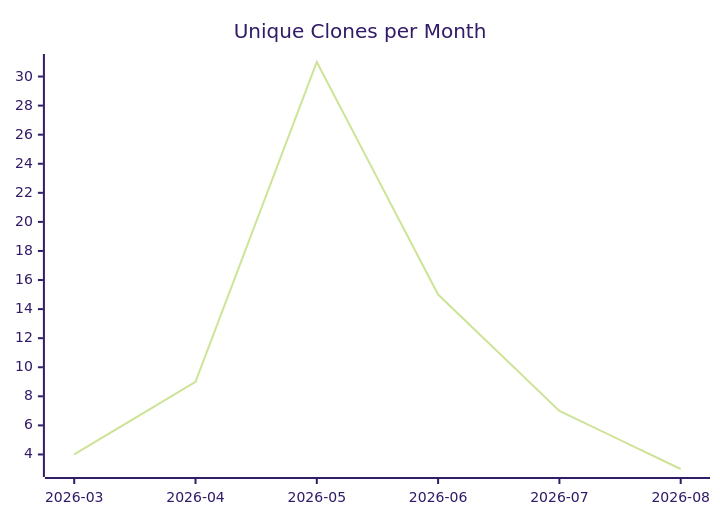
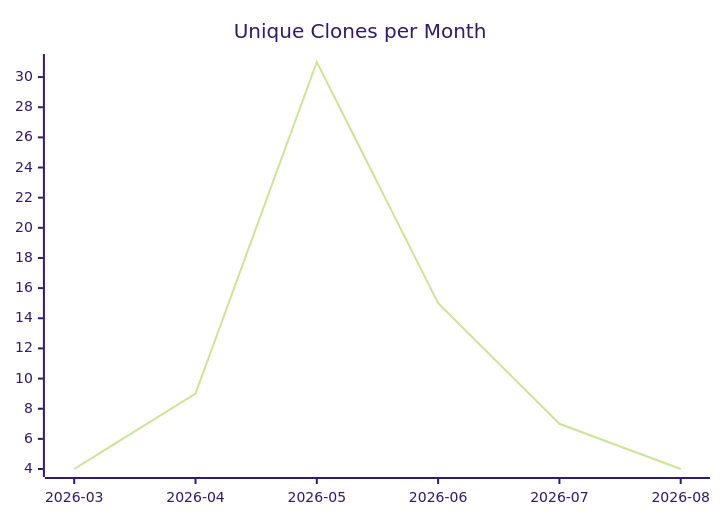
Before and after one commit to justdavis-family/github-analytics-data: the third of 3 diagrams in karlmdavis/ansible-role-rcm-dotfiles/README.md, drawn with Mermaid (forest theme). The commit also changed other lines of this file and 171 other files, not shown here.

````diff
--- a/karlmdavis/ansible-role-rcm-dotfiles/README.md
+++ b/karlmdavis/ansible-role-rcm-dotfiles/README.md
@@ -19,6 +19,6 @@
 ```mermaid
 xychart-beta
   title "Unique Clones per Month"
   x-axis ["2026-03", "2026-04", "2026-05", "2026-06", "2026-07", "2026-08"]
-  line [4, 9, 31, 15, 7, 3]
+  line [4, 9, 31, 15, 7, 4]
 ```
````
